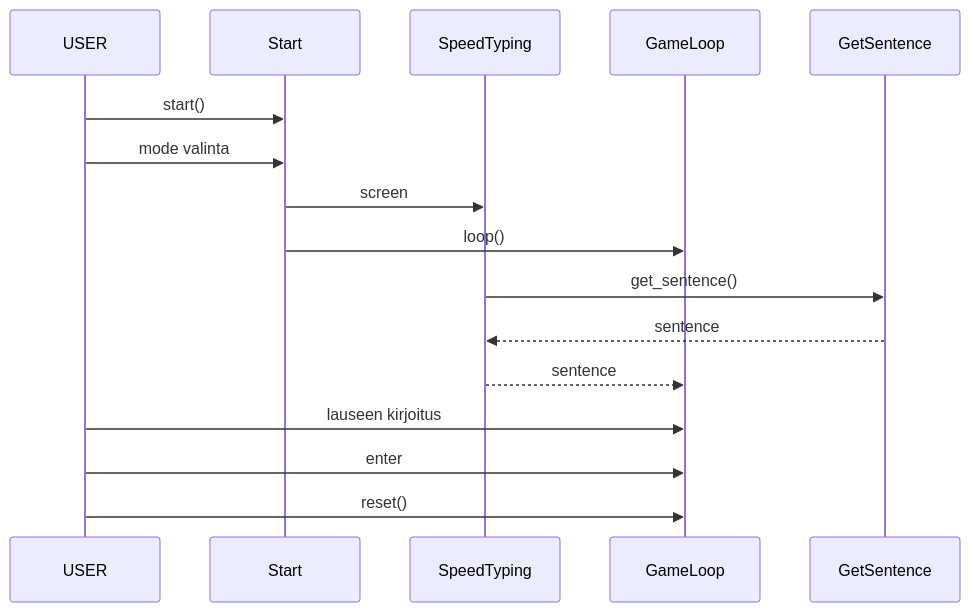
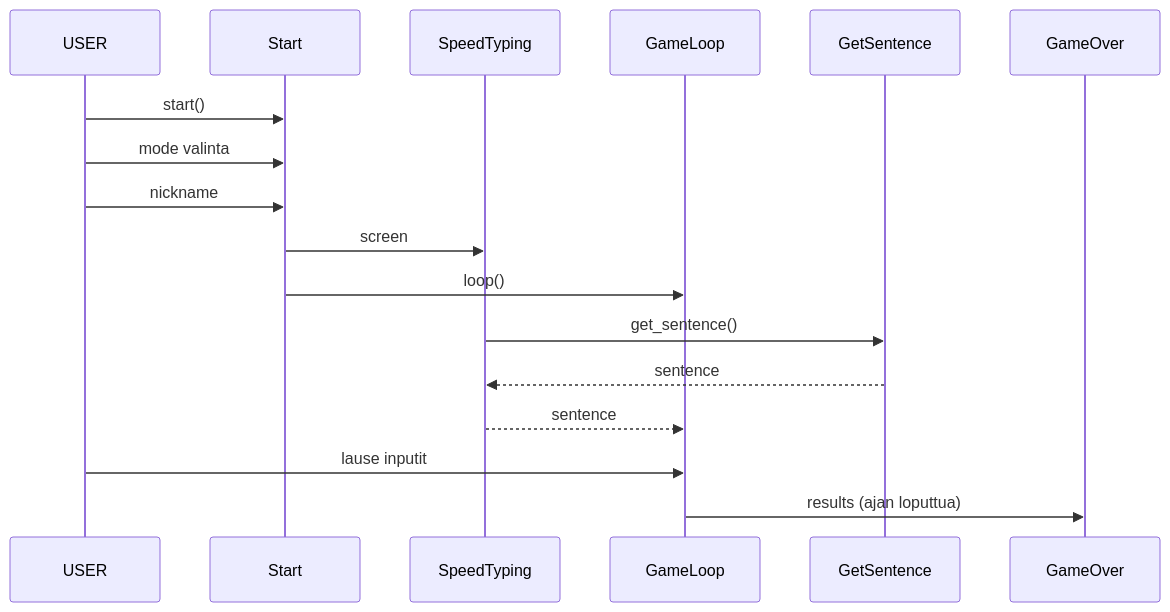
Before and after one commit to roosahut/ot-harjoitustyo: the fourth of 5 diagrams in dokumentaatio/arkkitehtuuri.md, drawn with Mermaid. The commit also changed other lines of this file, not shown here.

````diff
--- a/dokumentaatio/arkkitehtuuri.md
+++ b/dokumentaatio/arkkitehtuuri.md
@@ -37,13 +83,13 @@
 ```mermaid
 sequenceDiagram
      USER->>Start: start()
      USER->>Start: mode valinta
+     USER->>Start: nickname
      Start->>SpeedTyping: screen
      Start->>GameLoop: loop()
      SpeedTyping->>GetSentence: get_sentence()
      GetSentence-->>SpeedTyping: sentence
      SpeedTyping-->>GameLoop: sentence
-     USER->>GameLoop: lauseen kirjoitus
-     USER->>GameLoop: enter
-     USER->>GameLoop: reset()
+     USER->>GameLoop: lause inputit
+     GameLoop->>GameOver: results (ajan loputtua)
 ```
````
